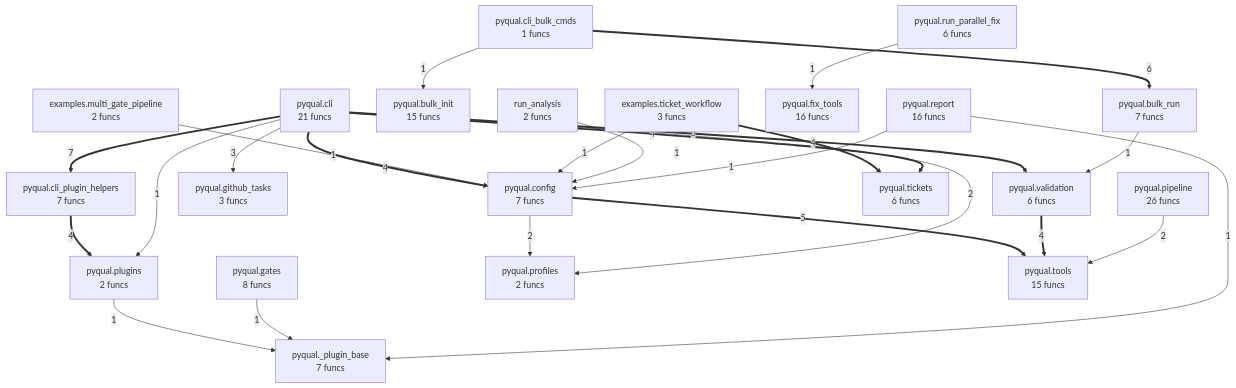
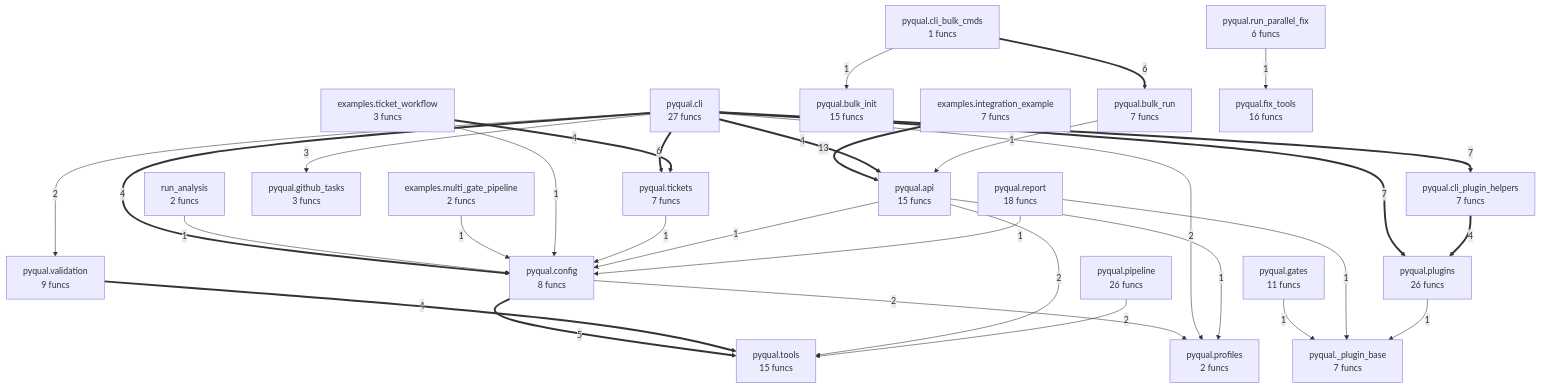
The diagram in project/compact_flow.mmd (semcod/pyqual), drawn with Mermaid before and after one commit. The commit also changed 46 other files, not shown here.

```diff
--- a/project/compact_flow.mmd
+++ b/project/compact_flow.mmd
@@ -1,46 +1,54 @@
 flowchart TD
+    examples__integration_example["examples.integration_example<br/>7 funcs"]
     examples__multi_gate_pipeline["examples.multi_gate_pipeline<br/>2 funcs"]
     examples__ticket_workflow["examples.ticket_workflow<br/>3 funcs"]
     pyqual___plugin_base["pyqual._plugin_base<br/>7 funcs"]
+    pyqual__api["pyqual.api<br/>15 funcs"]
     pyqual__bulk_init["pyqual.bulk_init<br/>15 funcs"]
     pyqual__bulk_run["pyqual.bulk_run<br/>7 funcs"]
-    pyqual__cli["pyqual.cli<br/>21 funcs"]
+    pyqual__cli["pyqual.cli<br/>27 funcs"]
     pyqual__cli_bulk_cmds["pyqual.cli_bulk_cmds<br/>1 funcs"]
     pyqual__cli_plugin_helpers["pyqual.cli_plugin_helpers<br/>7 funcs"]
-    pyqual__config["pyqual.config<br/>7 funcs"]
+    pyqual__config["pyqual.config<br/>8 funcs"]
     pyqual__fix_tools["pyqual.fix_tools<br/>16 funcs"]
-    pyqual__gates["pyqual.gates<br/>8 funcs"]
+    pyqual__gates["pyqual.gates<br/>11 funcs"]
     pyqual__github_tasks["pyqual.github_tasks<br/>3 funcs"]
     pyqual__pipeline["pyqual.pipeline<br/>26 funcs"]
-    pyqual__plugins["pyqual.plugins<br/>2 funcs"]
+    pyqual__plugins["pyqual.plugins<br/>26 funcs"]
     pyqual__profiles["pyqual.profiles<br/>2 funcs"]
-    pyqual__report["pyqual.report<br/>16 funcs"]
+    pyqual__report["pyqual.report<br/>18 funcs"]
     pyqual__run_parallel_fix["pyqual.run_parallel_fix<br/>6 funcs"]
-    pyqual__tickets["pyqual.tickets<br/>6 funcs"]
+    pyqual__tickets["pyqual.tickets<br/>7 funcs"]
     pyqual__tools["pyqual.tools<br/>15 funcs"]
-    pyqual__validation["pyqual.validation<br/>6 funcs"]
+    pyqual__validation["pyqual.validation<br/>9 funcs"]
     run_analysis["run_analysis<br/>2 funcs"]
+    examples__integration_example ==>|13| pyqual__api
+    pyqual__cli ==>|7| pyqual__plugins
     pyqual__cli ==>|7| pyqual__cli_plugin_helpers
-    pyqual__cli ==>|6| pyqual__validation
+    pyqual__cli ==>|6| pyqual__tickets
     pyqual__cli_bulk_cmds ==>|6| pyqual__bulk_run
     pyqual__config ==>|5| pyqual__tools
     examples__ticket_workflow ==>|4| pyqual__tickets
     pyqual__cli ==>|4| pyqual__config
-    pyqual__cli ==>|4| pyqual__tickets
+    pyqual__cli ==>|4| pyqual__api
     pyqual__cli_plugin_helpers ==>|4| pyqual__plugins
     pyqual__validation ==>|4| pyqual__tools
     pyqual__cli -->|3| pyqual__github_tasks
     pyqual__config -->|2| pyqual__profiles
     pyqual__cli -->|2| pyqual__profiles
+    pyqual__cli -->|2| pyqual__validation
+    pyqual__api -->|2| pyqual__tools
     pyqual__pipeline -->|2| pyqual__tools
+    run_analysis -->|1| pyqual__config
     examples__multi_gate_pipeline -->|1| pyqual__config
     examples__ticket_workflow -->|1| pyqual__config
-    run_analysis -->|1| pyqual__config
-    pyqual__plugins -->|1| pyqual___plugin_base
     pyqual__gates -->|1| pyqual___plugin_base
-    pyqual__cli -->|1| pyqual__plugins
+    pyqual__tickets -->|1| pyqual__config
     pyqual__cli_bulk_cmds -->|1| pyqual__bulk_init
+    pyqual__api -->|1| pyqual__config
+    pyqual__api -->|1| pyqual__profiles
     pyqual__run_parallel_fix -->|1| pyqual__fix_tools
-    pyqual__bulk_run -->|1| pyqual__validation
+    pyqual__bulk_run -->|1| pyqual__api
     pyqual__report -->|1| pyqual___plugin_base
     pyqual__report -->|1| pyqual__config
+    pyqual__plugins -->|1| pyqual___plugin_base
```
